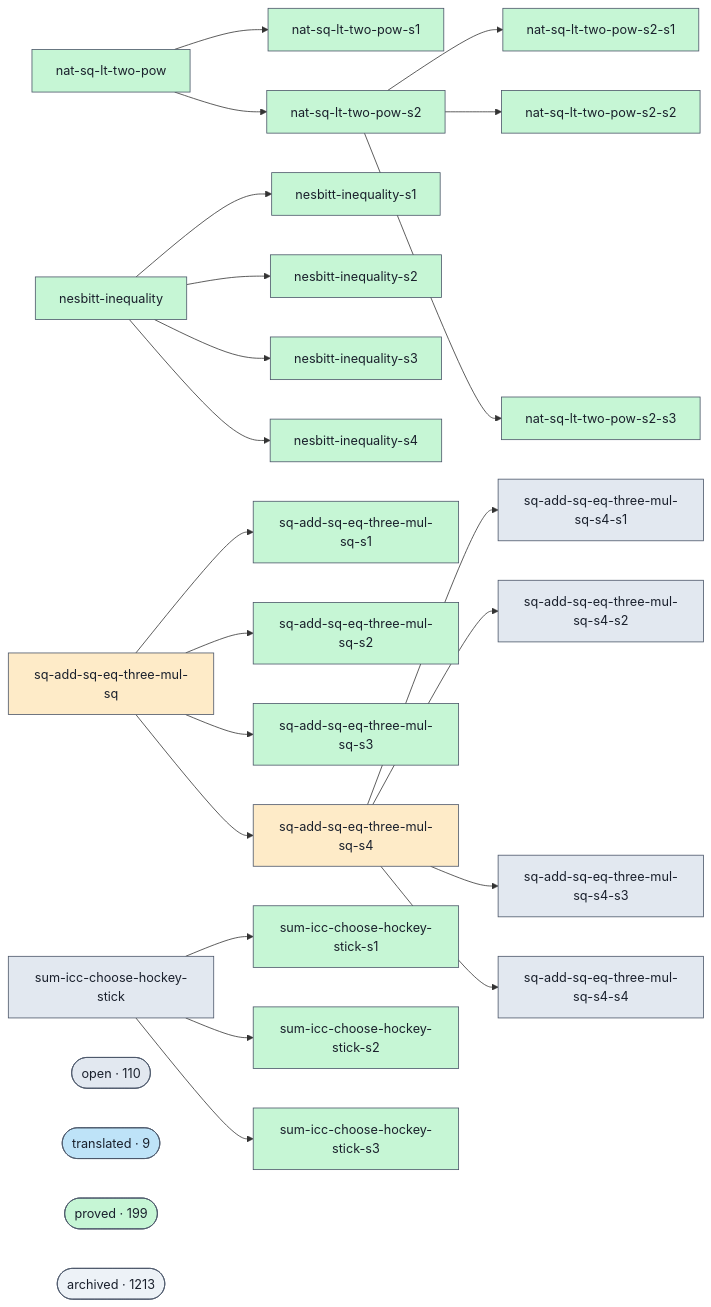
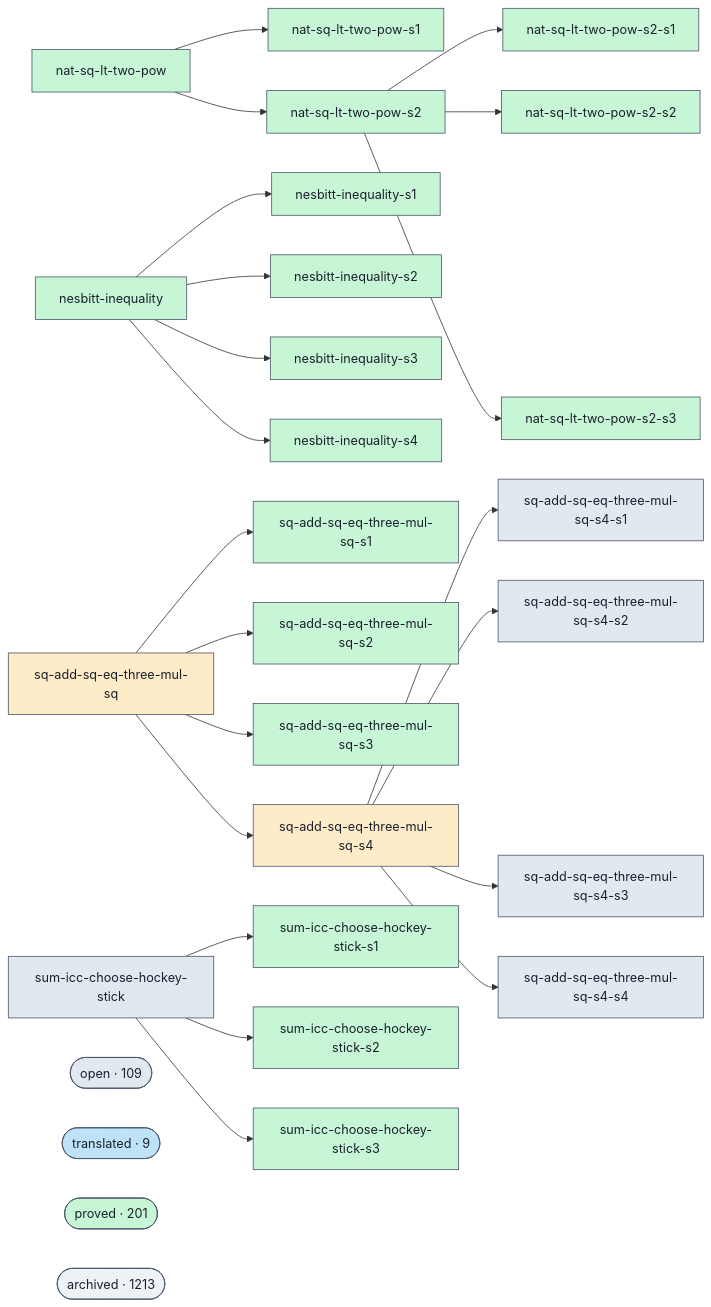
The diagram in docs/proofs-contributors-visualisation.md (Rauxon/unsorry), drawn with Mermaid before and after one commit. The commit also changed other lines of this file and 2 other files, not shown here.

```diff
--- a/docs/proofs-contributors-visualisation.md
+++ b/docs/proofs-contributors-visualisation.md
@@ -114,11 +114,11 @@
   g_sum_icc_choose_hockey_stick --> g_sum_icc_choose_hockey_stick_s1
   g_sum_icc_choose_hockey_stick --> g_sum_icc_choose_hockey_stick_s2
   g_sum_icc_choose_hockey_stick --> g_sum_icc_choose_hockey_stick_s3
-  cluster_open(["open · 110"])
+  cluster_open(["open · 109"])
   class cluster_open open;
   cluster_translated(["translated · 9"])
   class cluster_translated translated;
-  cluster_proved(["proved · 199"])
+  cluster_proved(["proved · 201"])
   class cluster_proved proved;
   cluster_archived(["archived · 1213"])
   class cluster_archived unknown;
```
